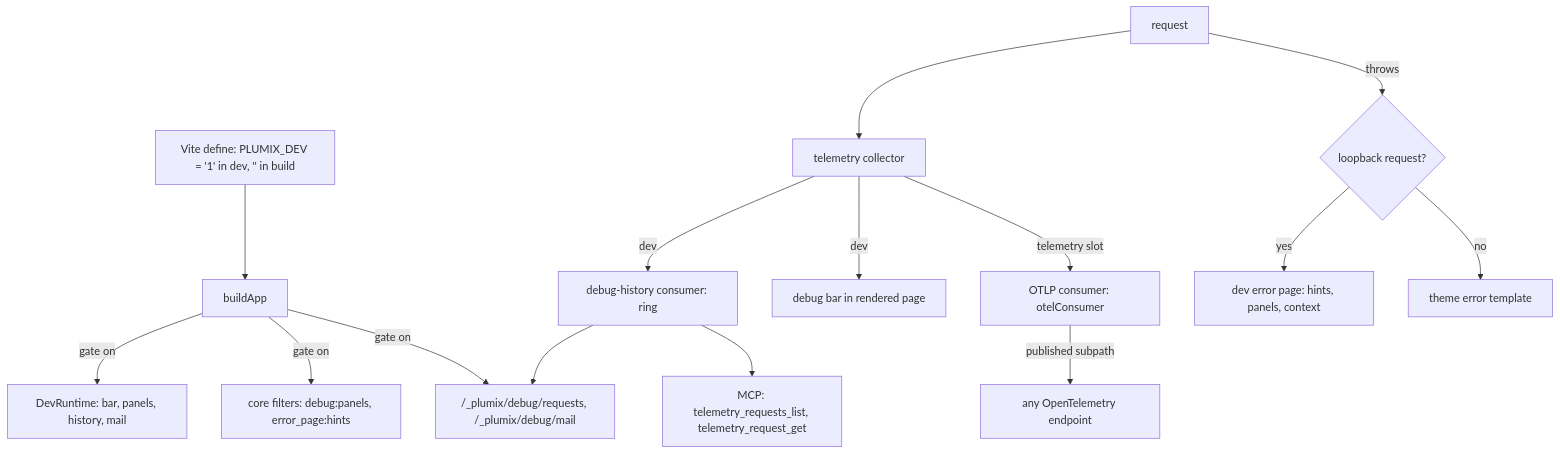
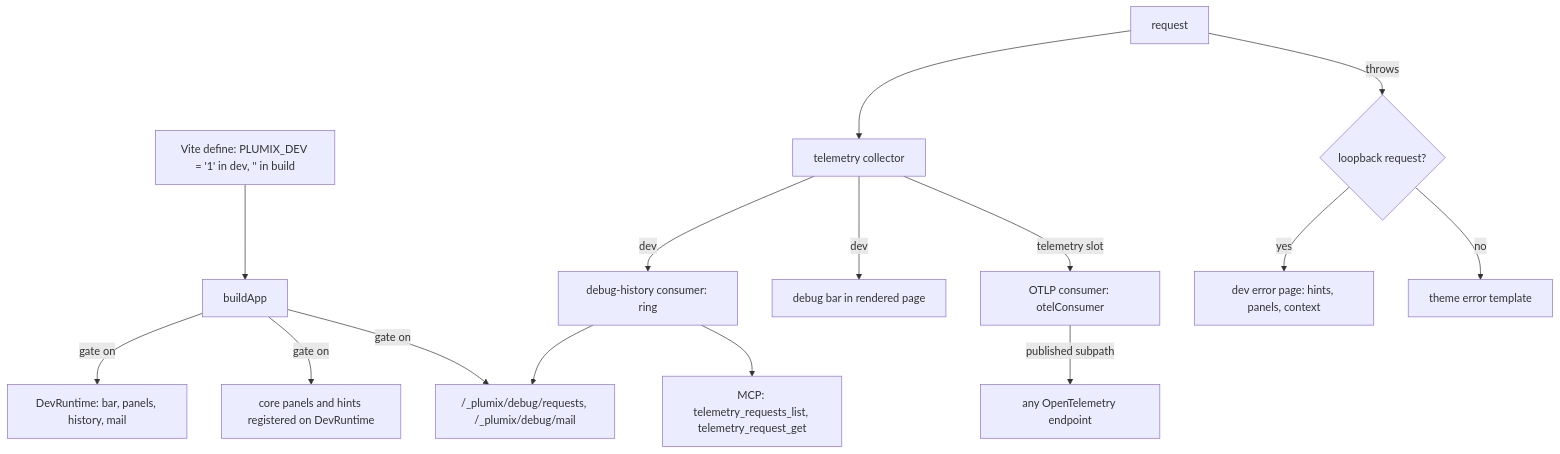
One commit to withplumix/plumix changed the diagram in docs/architecture/dev-tooling.md. Above: the diagram before and after it, drawn with Mermaid. The commit also changed other lines of this file and 60 other files, not shown here.

First line of the commit message:
feat(core): register debug panels, error panels and error hints instead of the dev filters

````diff
--- a/docs/architecture/dev-tooling.md
+++ b/docs/architecture/dev-tooling.md
@@ -7,17 +7,17 @@
 ```mermaid
 flowchart TD
   V["Vite define: PLUMIX_DEV = '1' in dev, '' in build"] --> B[buildApp]
   B -->|gate on| DR["DevRuntime: bar, panels, history, mail"]
-  B -->|gate on| F["core filters: debug:panels, error_page:hints"]
+  B -->|gate on| F["core panels and hints registered on DevRuntime"]
   B -->|gate on| R["/_plumix/debug/requests, /_plumix/debug/mail"]
   Q[request] --> T[telemetry collector]
   T -->|dev| H["debug-history consumer: ring"]
   T -->|dev| Bar["debug bar in rendered page"]
   T -->|"telemetry slot"| O["OTLP consumer: otelConsumer"]
   O -- "published subpath" --> Sink["any OpenTelemetry endpoint"]
   Q -->|throws| E{"loopback request?"}
   E -->|yes| EP["dev error page: hints, panels, context"]
   E -->|no| TE["theme error template"]
   H --> R
   H --> M["MCP: telemetry_requests_list, telemetry_request_get"]
 ```
````
